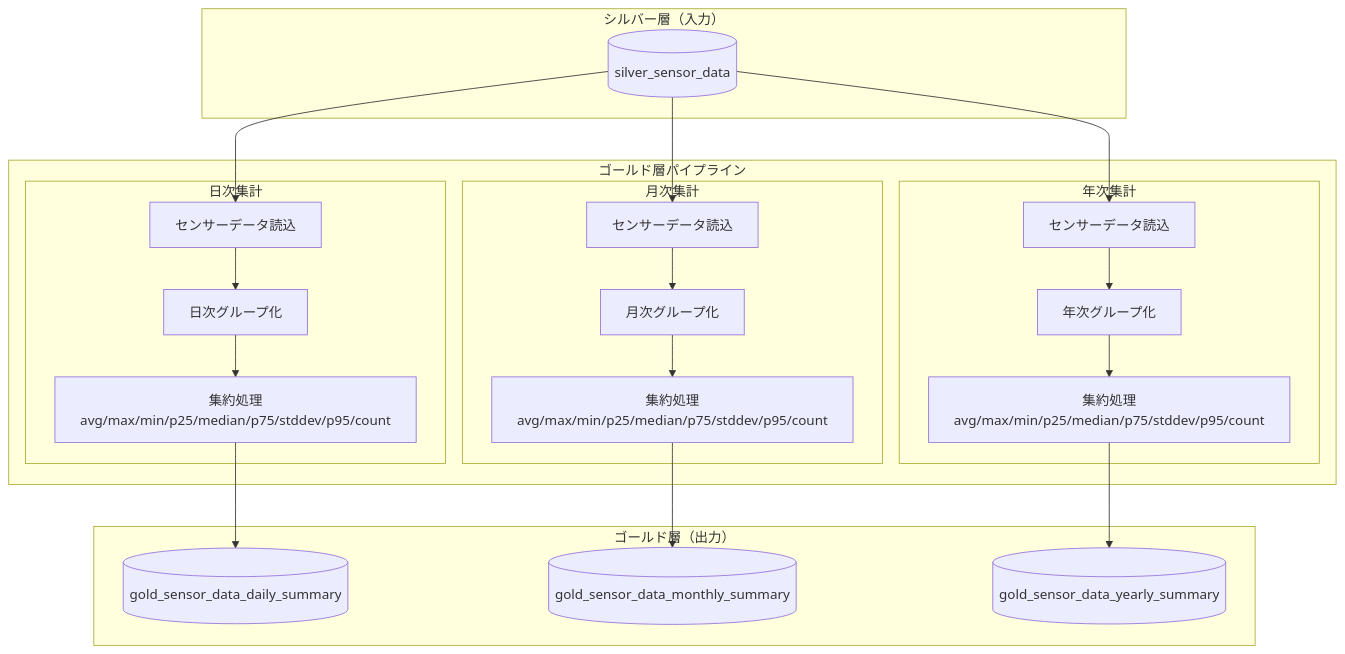
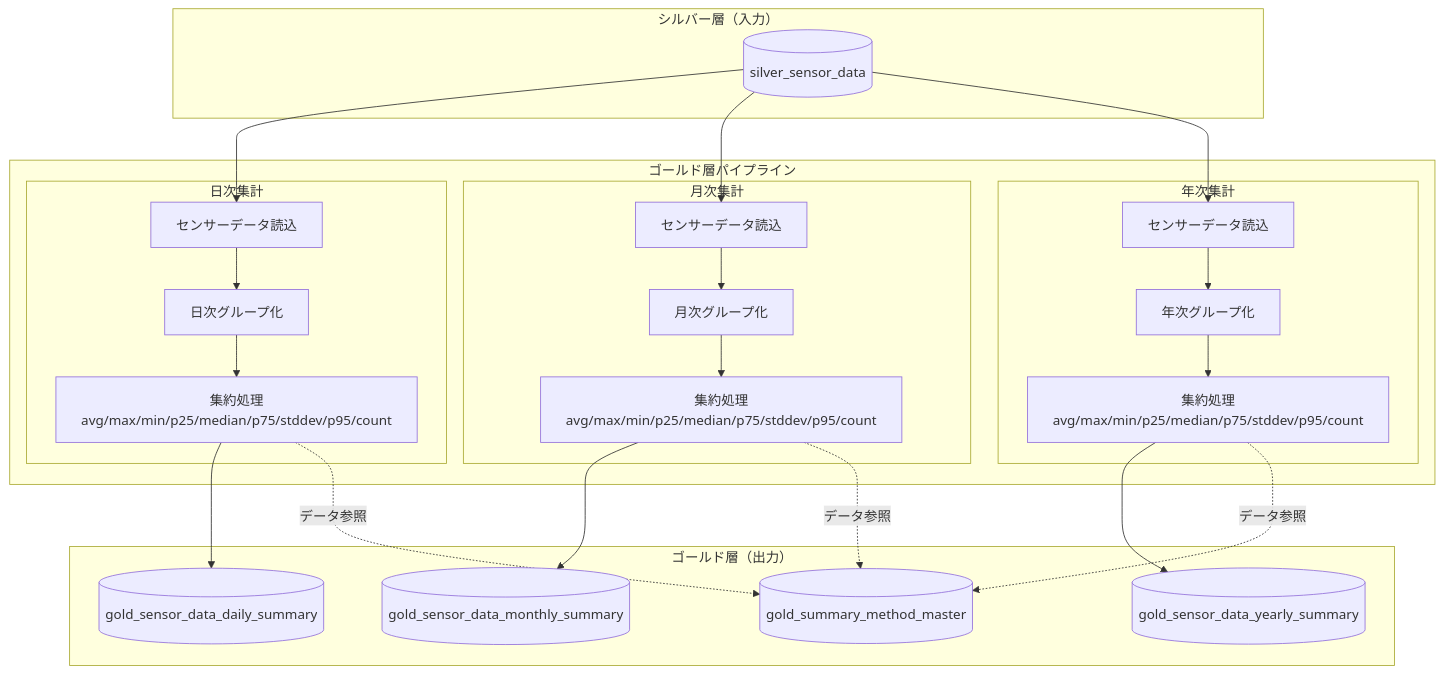
One commit to NSW-SVCP-AIWG002/Databricks-IoT changed the diagram in docs/03-features/ldp-pipeline/gold_layer/README.md. Above: the diagram before and after it, drawn with Mermaid. The commit also changed other lines of this file and 3 other files, not shown here.

````diff
--- a/docs/03-features/ldp-pipeline/gold_layer/README.md
+++ b/docs/03-features/ldp-pipeline/gold_layer/README.md
@@ -132,41 +133,45 @@
 ```mermaid
 flowchart TB
     subgraph Silver["シルバー層（入力）"]
         SensorData[(silver_sensor_data)]
     end
 
     subgraph Pipeline["ゴールド層パイプライン"]
         subgraph Daily["日次集計"]
             D_Read[センサーデータ読込]
             D_Group[日次グループ化]
             D_Agg[集約処理<br>avg/max/min/p25/median/p75/stddev/p95/count]
         end
 
         subgraph Monthly["月次集計"]
             M_Read[センサーデータ読込]
             M_Group[月次グループ化]
             M_Agg[集約処理<br>avg/max/min/p25/median/p75/stddev/p95/count]
         end
 
         subgraph Yearly["年次集計"]
             Y_Read[センサーデータ読込]
             Y_Group[年次グループ化]
             Y_Agg[集約処理<br>avg/max/min/p25/median/p75/stddev/p95/count]
         end
     end
 
     subgraph Gold["ゴールド層（出力）"]
         GoldDaily[(gold_sensor_data_daily_summary)]
         GoldMonthly[(gold_sensor_data_monthly_summary)]
         GoldYearly[(gold_sensor_data_yearly_summary)]
+        GoldMethod[(gold_summary_method_master)]
     end
 
     SensorData --> D_Read
     D_Read --> D_Group --> D_Agg --> GoldDaily
+    D_Agg -.-> |データ参照| GoldMethod
 
     SensorData --> M_Read
     M_Read --> M_Group --> M_Agg --> GoldMonthly
-
+    M_Agg -.-> |データ参照| GoldMethod
+    
     SensorData --> Y_Read
     Y_Read --> Y_Group --> Y_Agg --> GoldYearly
+    Y_Agg -.-> |データ参照| GoldMethod
 ```
````
